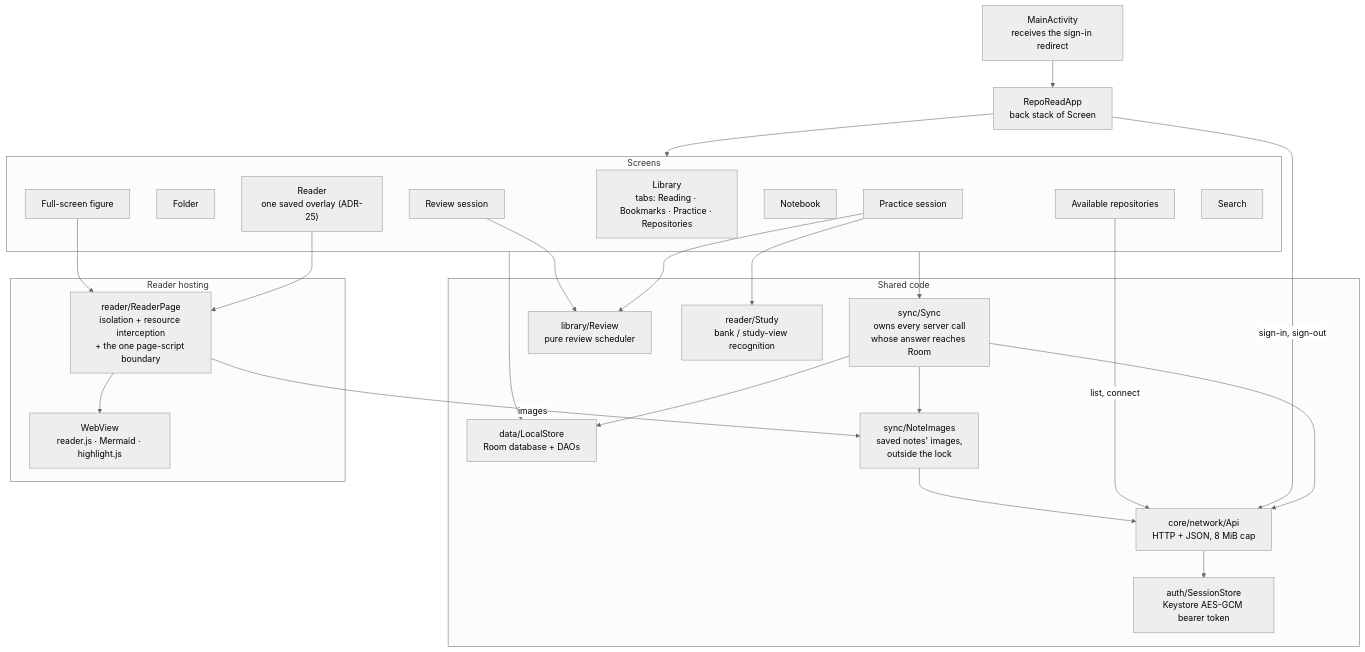
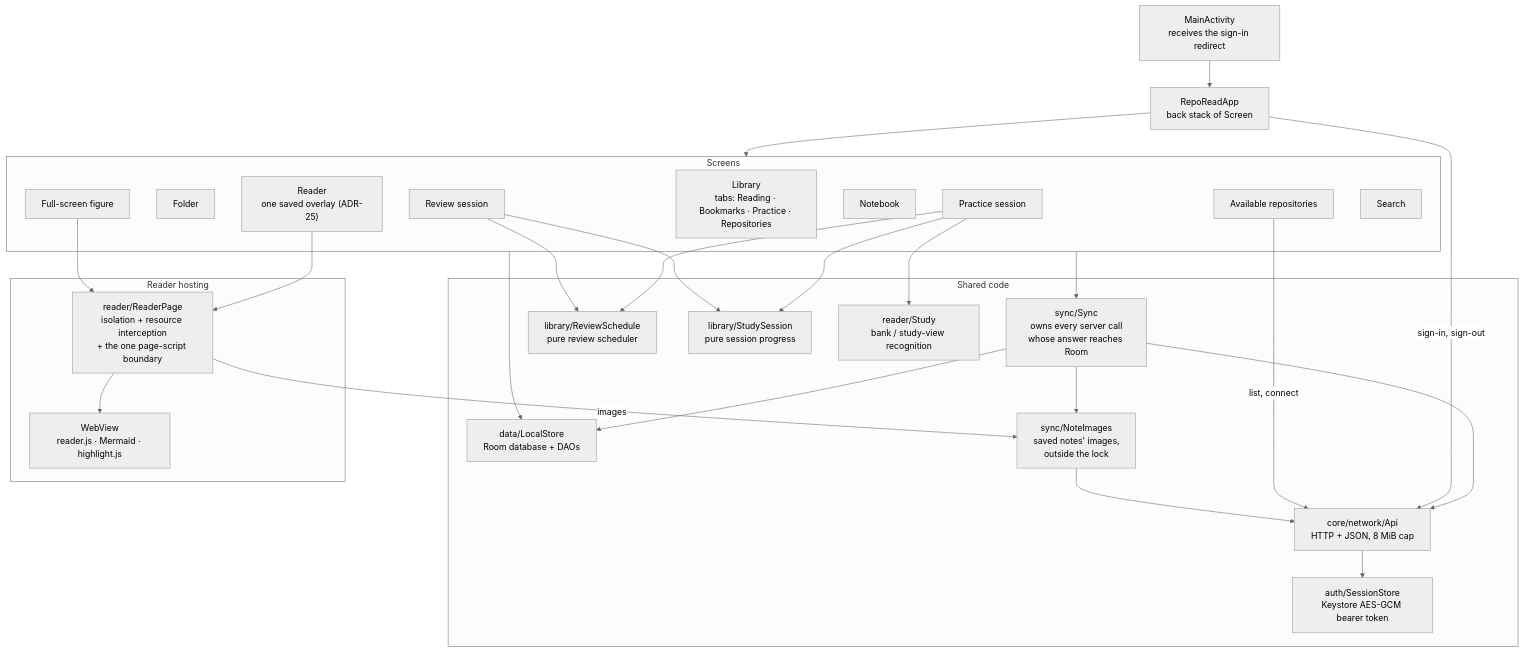
The fifth of 12 diagrams in docs/architecture.md (jaxwong/reporead), drawn with Mermaid (neutral theme) before and after one commit. The commit also changed other lines of this file and 2 other files, not shown here.

Commit message:
Record the shared study session in the docs
ADR-20 records that Practice and Review move through one pure StudySession, and why which items have a saved first
grade stays in storage, not in the session. Its Review bullet also says what a card refused or removed during a session
now shows (#49). The architecture diagram adds StudySession beside the scheduler, whose node is renamed to its file,
library/ReviewSchedule; the package table and the Android README name it.

Docs only.

````diff
--- a/docs/architecture.md
+++ b/docs/architecture.md
@@ -261,51 +261,54 @@
 ```mermaid
 flowchart TB
     Main["MainActivity<br/>receives the sign-in redirect"]
     App["RepoReadApp<br/>back stack of Screen"]
     Main --> App
 
     subgraph Screens["Screens"]
         Library["Library<br/>tabs: Reading · Bookmarks · Practice · Repositories"]
         Folder["Folder"]
         Available["Available repositories"]
         Reader["Reader<br/>one saved overlay (ADR-25)"]
         Figure["Full-screen figure"]
         Notebook["Notebook"]
         Practice["Practice session"]
         Review["Review session"]
         Search["Search"]
     end
     App --> Screens
 
     subgraph Core["Shared code"]
         Sync["sync/Sync<br/>owns every server call<br/>whose answer reaches Room"]
         Store["data/LocalStore<br/>Room database + DAOs"]
         Api["core/network/Api<br/>HTTP + JSON, 8 MiB cap"]
         Images["sync/NoteImages<br/>saved notes' images,<br/>outside the lock"]
         Session["auth/SessionStore<br/>Keystore AES-GCM bearer token"]
-        Sched["library/Review<br/>pure review scheduler"]
+        Sched["library/ReviewSchedule<br/>pure review scheduler"]
+        StudyS["library/StudySession<br/>pure session progress"]
         StudyK["reader/Study<br/>bank / study-view recognition"]
     end
 
     subgraph ReaderHost["Reader hosting"]
         Page["reader/ReaderPage<br/>isolation + resource interception<br/>+ the one page-script boundary"]
         WebV["WebView<br/>reader.js · Mermaid · highlight.js"]
         Page --> WebV
     end
 
     Screens --> Sync
     Screens --> Store
     Practice --> StudyK
     Practice --> Sched
     Review --> Sched
+    Practice --> StudyS
+    Review --> StudyS
     Reader --> Page
     Figure --> Page
     Sync --> Api
     App -- "sign-in, sign-out" --> Api
     Available -- "list, connect" --> Api
     Sync --> Store
     Api --> Session
     Page -- "images" --> Images
     Sync --> Images
     Images --> Api
 ```
````
